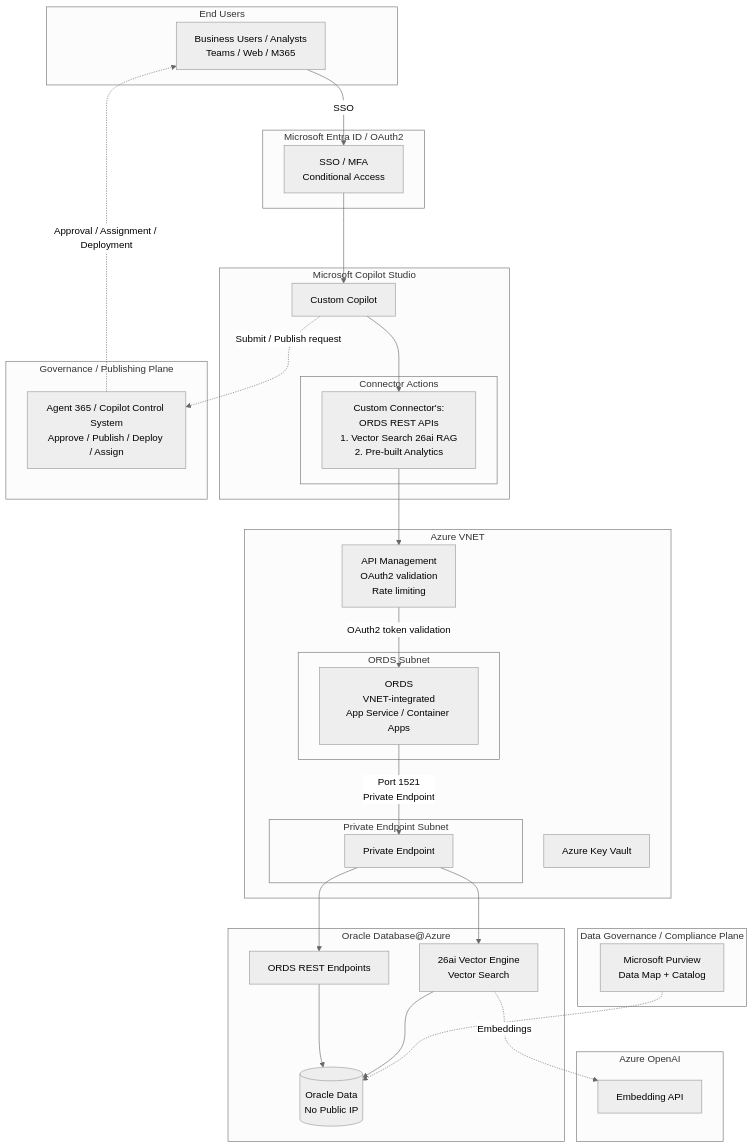
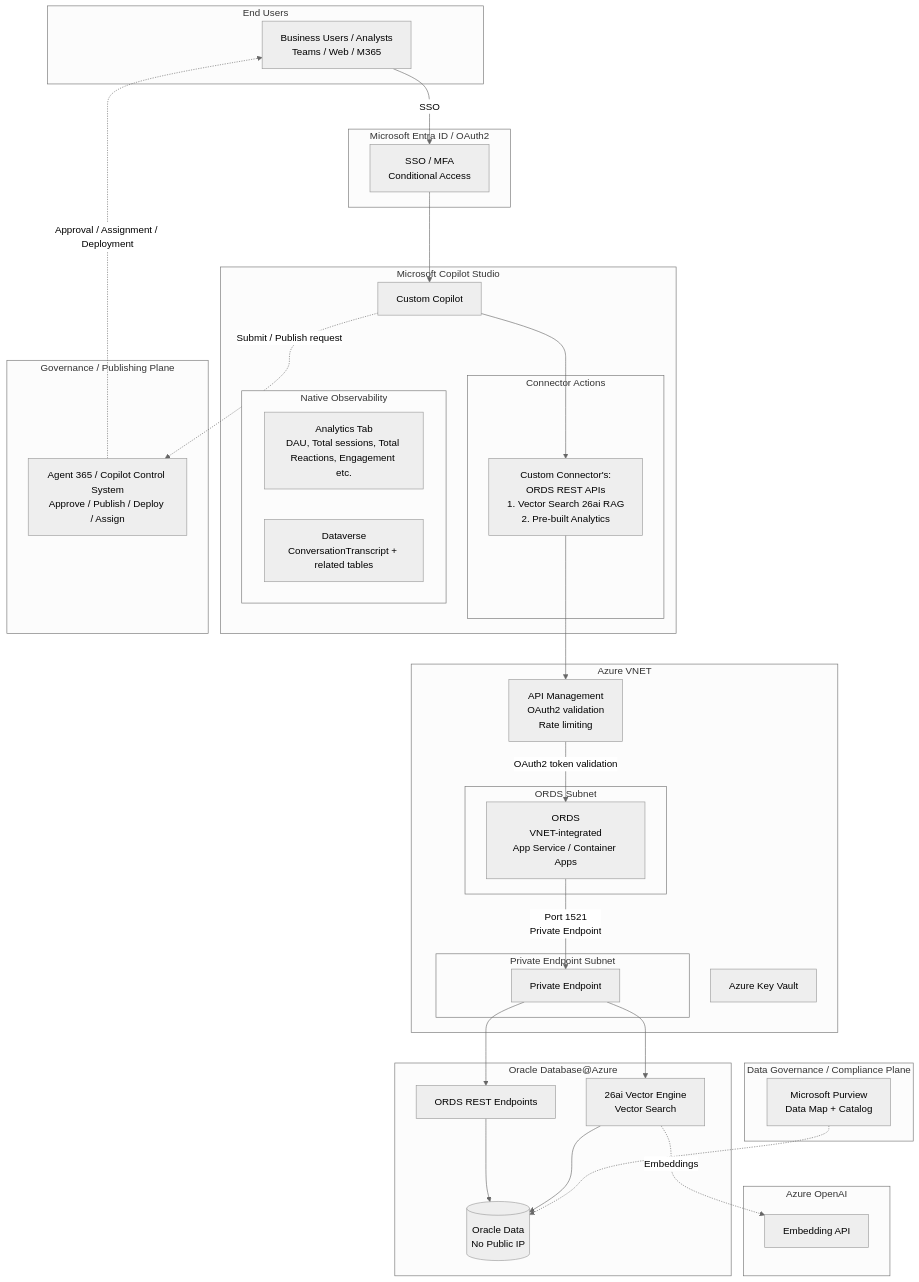
Before and after one commit to ryellajo12/ODAA-AI-Playbook: the third of 10 diagrams in docs/02-reference-architectures.md, drawn with Mermaid (neutral theme). The commit also changed other lines of this file, not shown here.

Commit message:
Add Native Observability subgraph to reference architecture

````diff
--- a/docs/02-reference-architectures.md
+++ b/docs/02-reference-architectures.md
@@ -148,71 +152,75 @@
 ```mermaid
 graph TB
     subgraph Users[End Users]
         EU[Business Users / Analysts<br/>Teams / Web / M365]
     end
 
     subgraph EntraID[Microsoft Entra ID / OAuth2]
         AUTH[SSO / MFA<br/>Conditional Access]
     end
 
     subgraph CS[Microsoft Copilot Studio]
         COP[Custom Copilot]
 
         subgraph Actions[Connector Actions]
             CC1[Custom Connector's:<br/>ORDS REST APIs<br/>1. Vector Search 26ai RAG<br/>2. Pre-built Analytics]
+        end
+        subgraph OBS[Native Observability]
+            AN[Analytics Tab<br/>DAU, Total sessions, Total Reactions, Engagement etc.]
+            DV[Dataverse<br/>ConversationTranscript + related tables]
         end
     end
 
     subgraph GOV[Governance / Publishing Plane]
         A365[Agent 365 / Copilot Control System<br/>Approve / Publish / Deploy / Assign]
     end
 
     subgraph PURV[Data Governance / Compliance Plane]
         PURVIEW[Microsoft Purview<br/>Data Map + Catalog]
     end
 
     subgraph AOAI[Azure OpenAI]
         EMB[Embedding API]
     end
 
     subgraph VNET[Azure VNET]
         subgraph ORDSSub[ORDS Subnet]
             ORDS[ORDS<br/>VNET-integrated<br/>App Service / Container Apps]
         end
         subgraph PESub[Private Endpoint Subnet]
             PE[Private Endpoint]
         end
         KV[Azure Key Vault]
         APIM[API Management<br/>OAuth2 validation<br/>Rate limiting]
     end
 
     subgraph ODA[Oracle Database@Azure]
         ORDS_EP[ORDS REST Endpoints]
         VEC[26ai Vector Engine<br/>Vector Search]
         DATA[("Oracle Data<br/>No Public IP")]
     end
 
 
     EU -->|SSO| AUTH
     AUTH --> COP
 
     COP --> CC1
 
     CC1 --> APIM
 
     APIM -->|OAuth2 token validation| ORDS
 
     ORDS -->|Port 1521<br/>Private Endpoint| PE
     PE --> ORDS_EP
     PE --> VEC
 
     ORDS_EP --> DATA
     VEC --> DATA
     VEC -.->|Embeddings| EMB
 
     COP -.->|Submit / Publish request| A365
     A365 -.->|Approval / Assignment / Deployment| EU
 
     PURVIEW -.-> DATA
 
 ```
````
